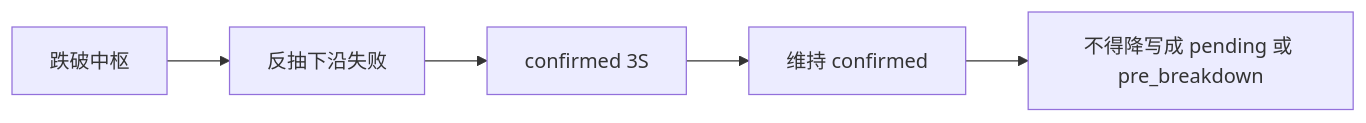
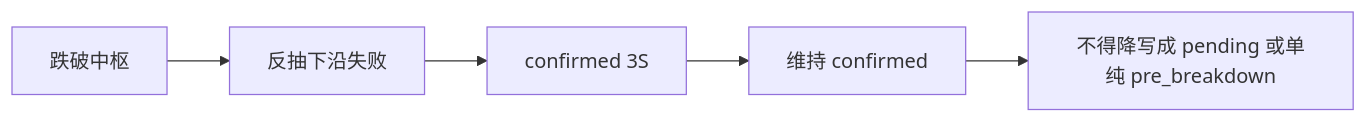
Before and after one commit to sinbawang/stock: diagram 18 of 20 in docs/chanlun/zhongshu-visual-example-library.md, drawn with Mermaid. The commit also changed other lines of this file and 3 other files, not shown here.

````diff
--- a/docs/chanlun/zhongshu-visual-example-library.md
+++ b/docs/chanlun/zhongshu-visual-example-library.md
@@ -439,7 +439,7 @@
 ```mermaid
 flowchart LR
   A[跌破中枢] --> B[反抽下沿失败]
   B --> C[confirmed 3S]
   C --> D[维持 confirmed]
-  D --> E[不得降写成 pending 或 pre_breakdown]
+  D --> E[不得降写成 pending 或单纯 pre_breakdown]
 ```
````
